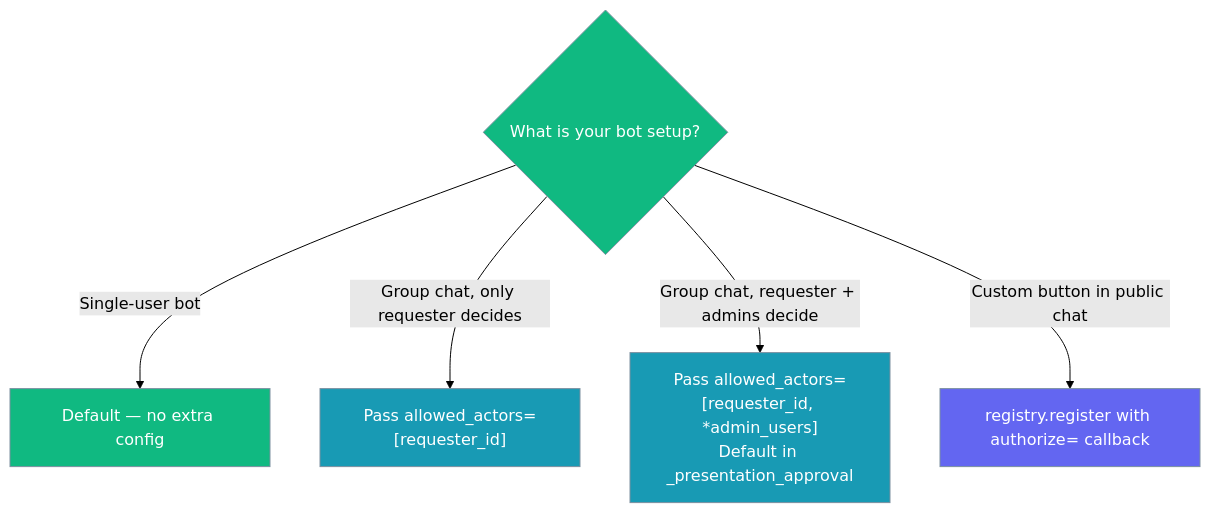
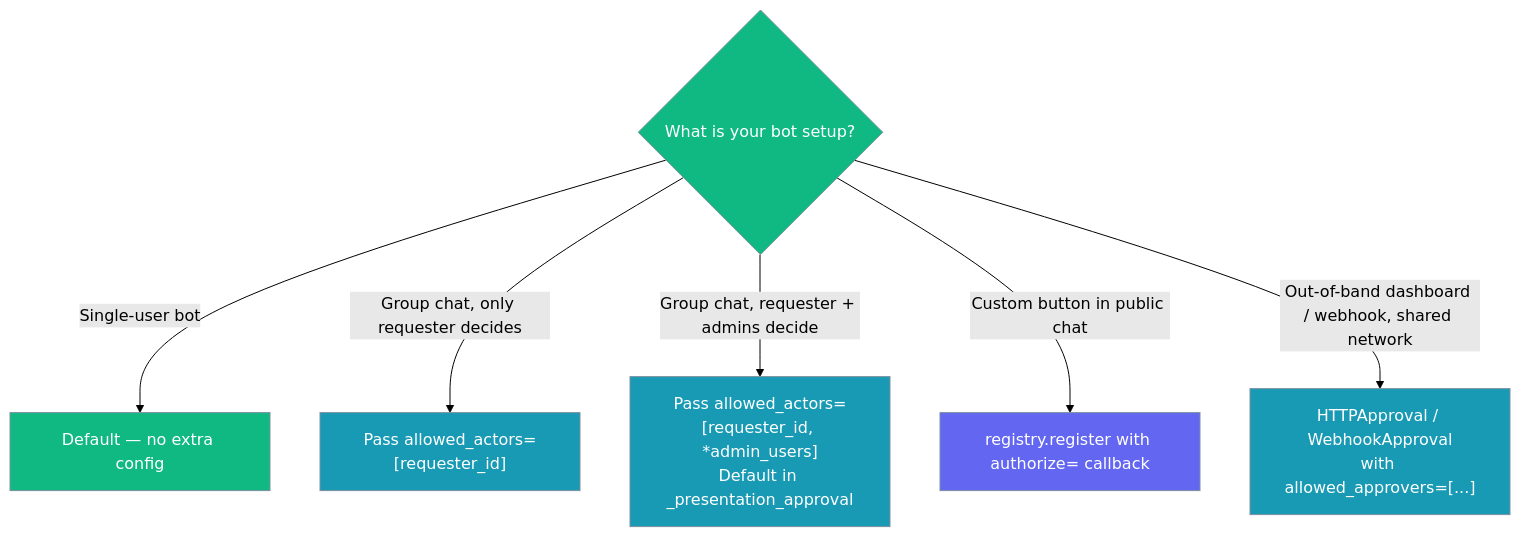
The fourth of 5 diagrams in docs/features/interactive-callback-authorization.mdx (MervinPraison/PraisonAIDocs), drawn with Mermaid (forest theme) before and after one commit. The commit also changed other lines of this file and 1 other file, not shown here.

First line of the commit message:
docs: document allowed_approvers on HTTPApproval and WebhookApproval (fixes #4382)

````diff
--- a/docs/features/interactive-callback-authorization.mdx
+++ b/docs/features/interactive-callback-authorization.mdx
@@ -170,16 +170,17 @@
 ```mermaid
 graph TB
     Q{What is your bot setup?}
     Q -->|Single-user bot| A[Default — no extra config]
     Q -->|Group chat, only requester decides| B["Pass allowed_actors=[requester_id]"]
     Q -->|Group chat, requester + admins decide| C["Pass allowed_actors=[requester_id, *admin_users]<br/>Default in _presentation_approval"]
     Q -->|Custom button in public chat| D["registry.register with authorize= callback"]
+    Q -->|Out-of-band dashboard / webhook, shared network| E["HTTPApproval / WebhookApproval<br/>with allowed_approvers=[...]"]
 
     classDef default fill:#10B981,stroke:#7C90A0,color:#fff
     classDef config fill:#189AB4,stroke:#7C90A0,color:#fff
     classDef custom fill:#6366F1,stroke:#7C90A0,color:#fff
 
     class A default
-    class B,C config
+    class B,C,E config
     class D custom
 ```
````
